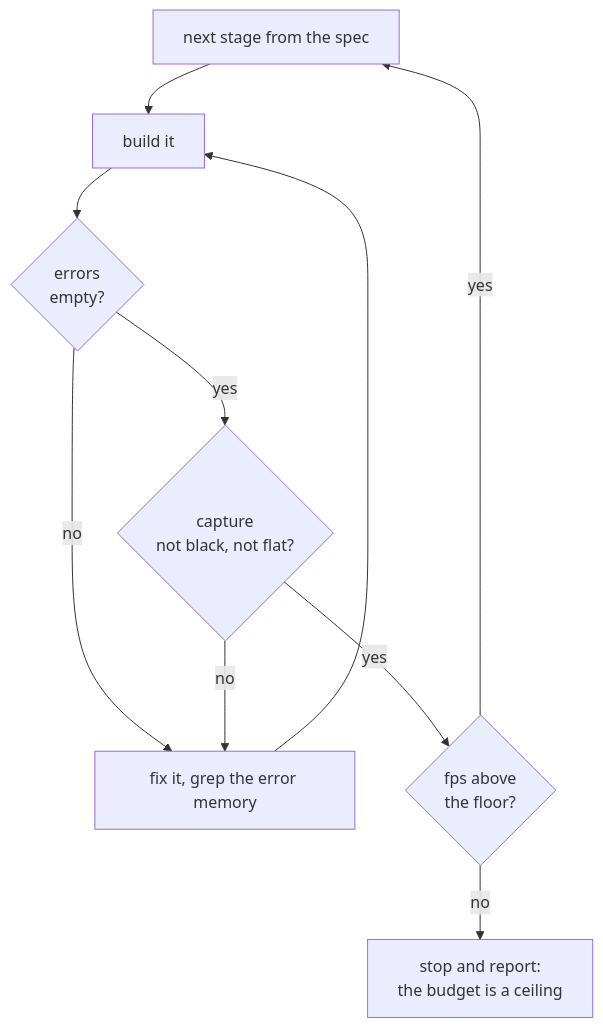
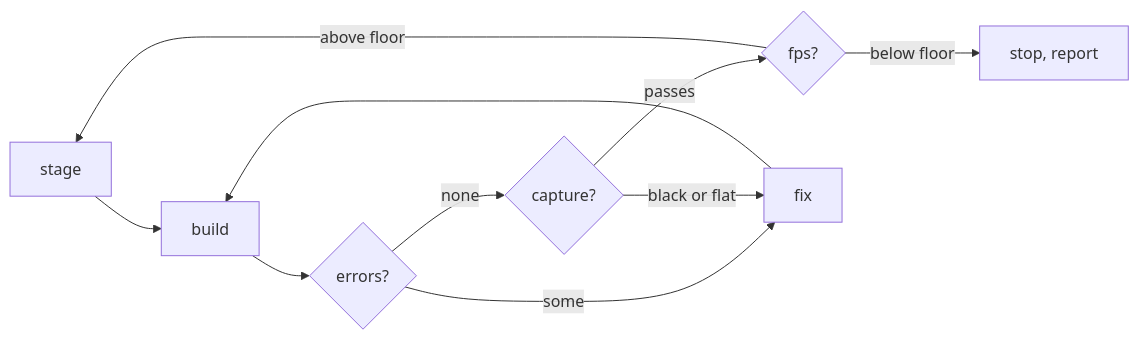
Before and after one commit to theosorus/touchdesigner-factory-harness: the second of 2 diagrams in README.md, drawn with Mermaid.

Commit message:
Lay the verification diagram out horizontally
Three stacked decision diamonds in a top-down flowchart stretched the
section down the whole page. Left to right, with the nominal path on one
line and the failure exits below it, says the same thing in a third of
the height.

````diff
--- a/README.md
+++ b/README.md
@@ -44,12 +44,8 @@
 ```mermaid
-flowchart TD
-    S["next stage from the spec"] --> BUILD["build it"]
-    BUILD --> E{"errors<br/>empty?"}
-    E -- "no" --> FIX["fix it, grep the error memory"]
-    FIX --> BUILD
-    E -- "yes" --> C{"capture<br/>not black, not flat?"}
-    C -- "no" --> FIX
-    C -- "yes" --> F{"fps above<br/>the floor?"}
-    F -- "no" --> STOP["stop and report:<br/>the budget is a ceiling"]
-    F -- "yes" --> S
+flowchart LR
+    S["stage"] --> B["build"] --> E{"errors?"} -- none --> C{"capture?"} -- passes --> F{"fps?"}
+    F -- "above floor" --> S
+    E -- some --> X["fix"] --> B
+    C -- "black or flat" --> X
+    F -- "below floor" --> STOP["stop, report"]
 ```
````
